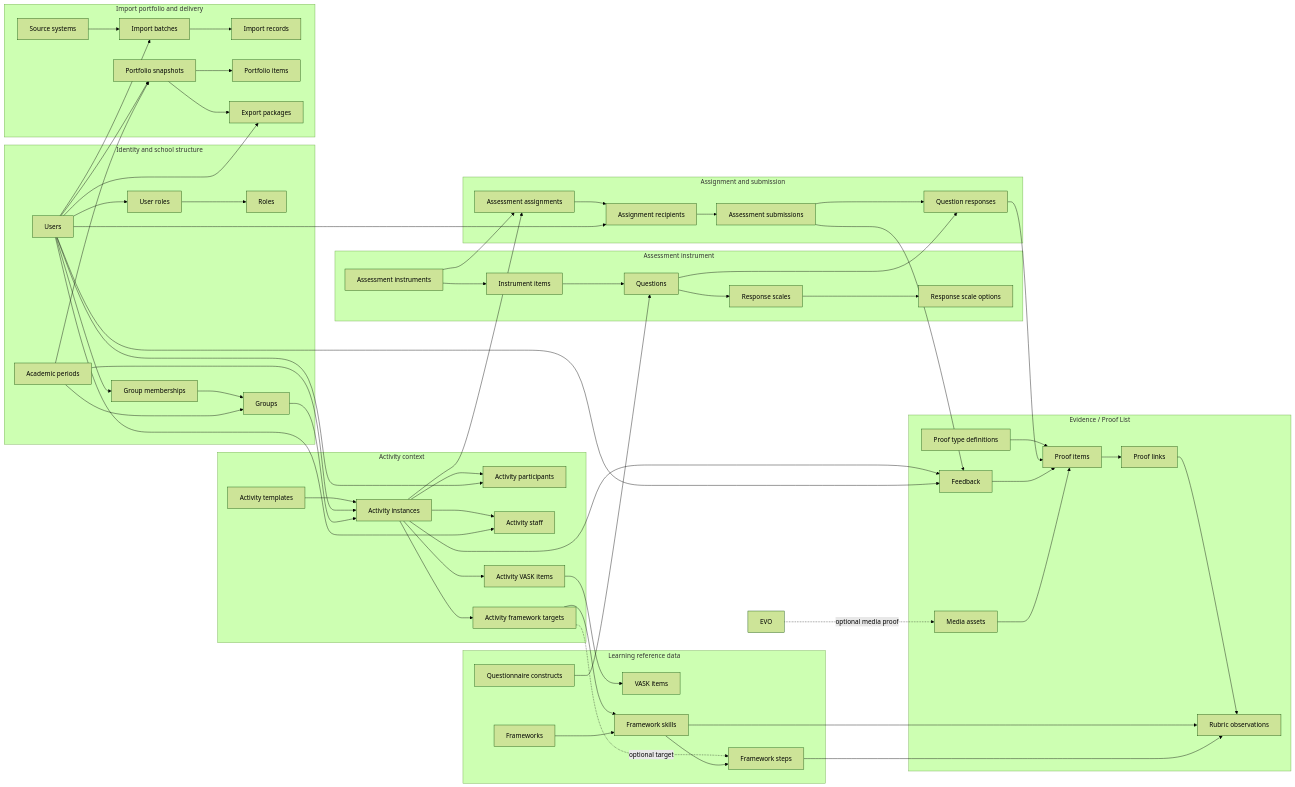
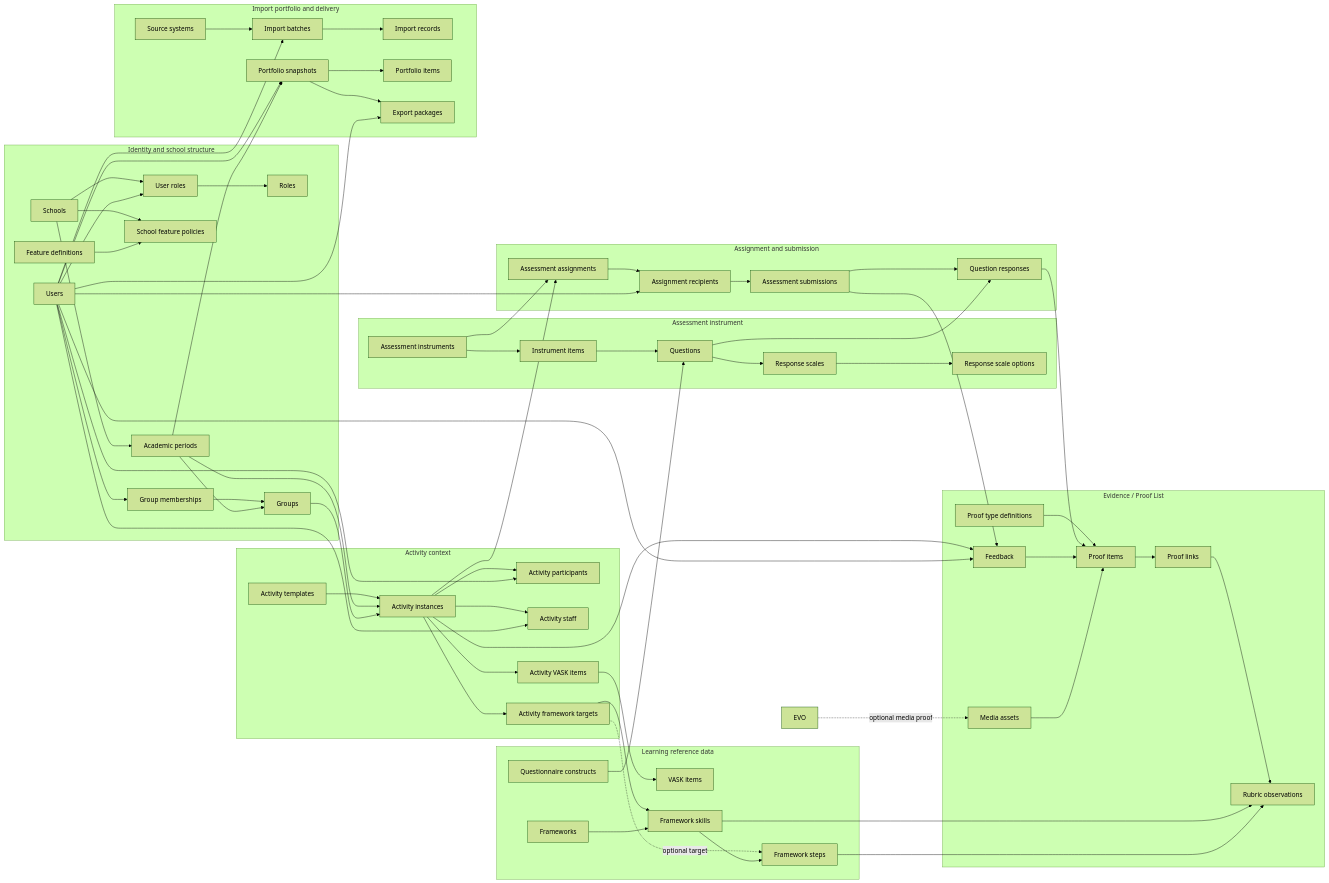
One commit to heison-octopus/testing-port changed diagram 12 of 23 in output/English/Core data relationships.md. Above: the diagram before and after it, drawn with Mermaid (forest theme). The commit also changed other lines of this file and 79 other files, not shown here.

````diff
--- a/output/English/Core data relationships.md
+++ b/output/English/Core data relationships.md
@@ -506,12 +576,15 @@
 ```mermaid
 flowchart LR
     subgraph Identity[Identity and school structure]
+        S[Schools]
         U[Users]
         UR[User roles]
         R[Roles]
         GM[Group memberships]
         G[Groups]
         AP[Academic periods]
+        FD[Feature definitions]
+        SFP[School feature policies]
     end
 
     subgraph Activity[Activity context]
@@ -564,9 +637,13 @@
         EP[Export packages]
     end
 
+    S --> UR
     U --> UR --> R
     U --> GM --> G
+    S --> AP
     AP --> G
+    S --> SFP
+    FD --> SFP
 
     AT --> AI
     AP --> AI
````
